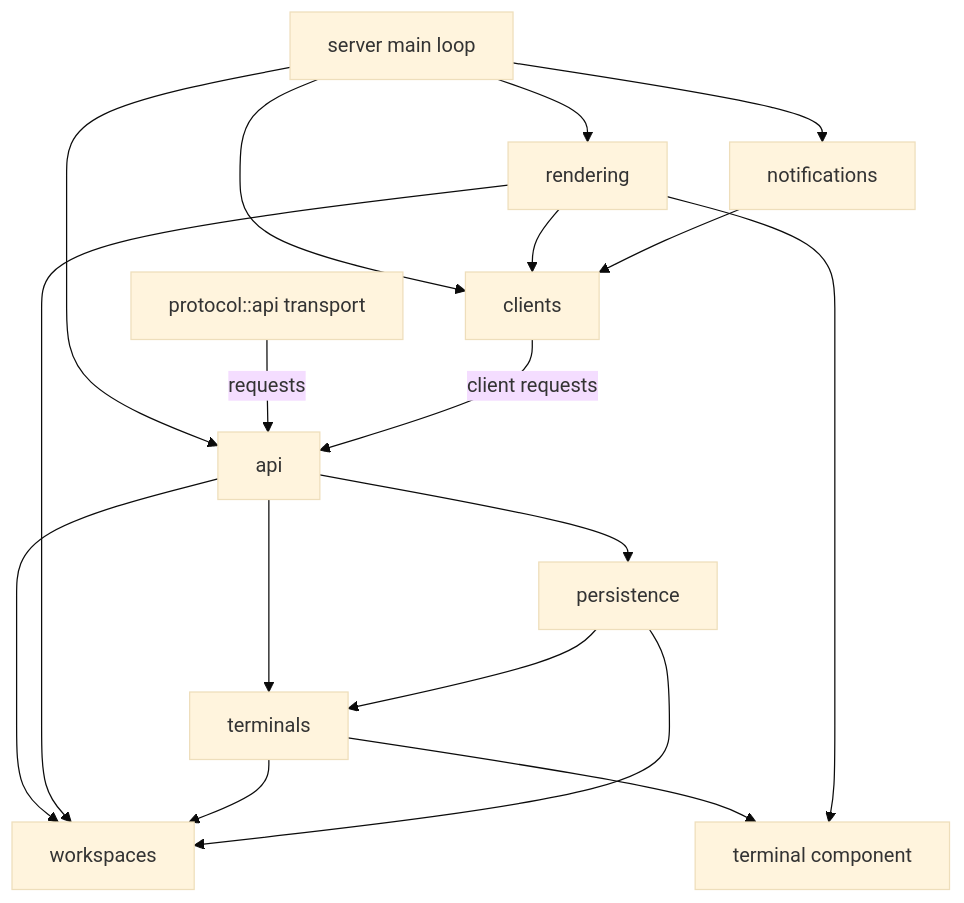
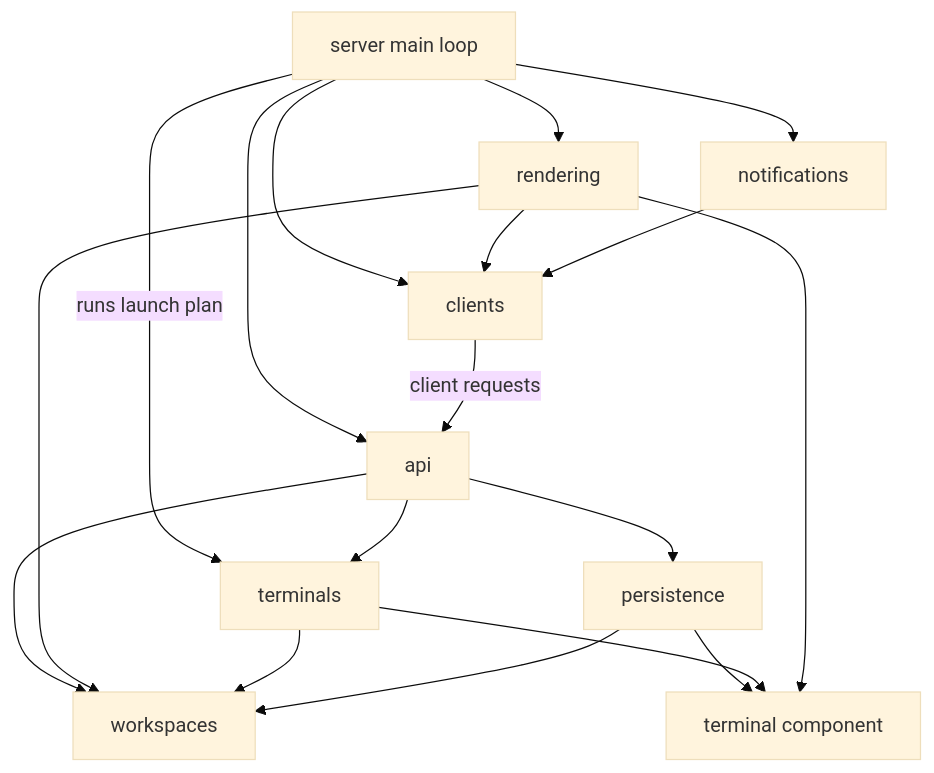
Before and after one commit to asura1234/bus: the fourth of 4 diagrams in docs/bus-architecture.md, drawn with Mermaid (base theme). The commit also changed other lines of this file, not shown here.

Commit message:
docs: converge architecture reviews into the bus restructure doc

````diff
--- a/docs/bus-architecture.md
+++ b/docs/bus-architecture.md
@@ -248,12 +275,12 @@
 ```mermaid
 flowchart TD
   loop[server main loop] --> clients & api & rendering & notifications
-  apisock[protocol::api transport] -- requests --> api
+  loop -- runs launch plan --> terminals
   clients -- client requests --> api
   api --> workspaces & terminals & persistence
   rendering --> workspaces & clients
   notifications --> clients
   terminals --> workspaces
-  persistence --> workspaces & terminals
+  persistence --> workspaces & terminal_component
   terminals & rendering --> terminal_component[terminal component]
 ```
````
